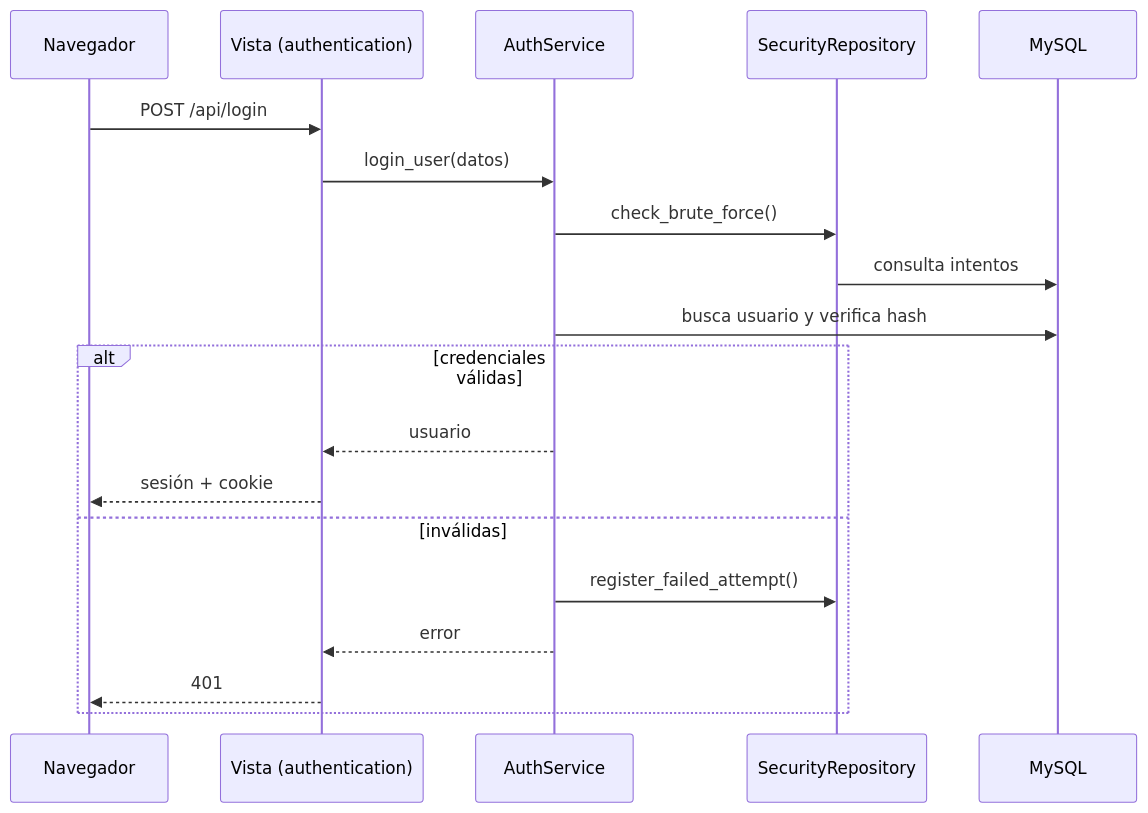
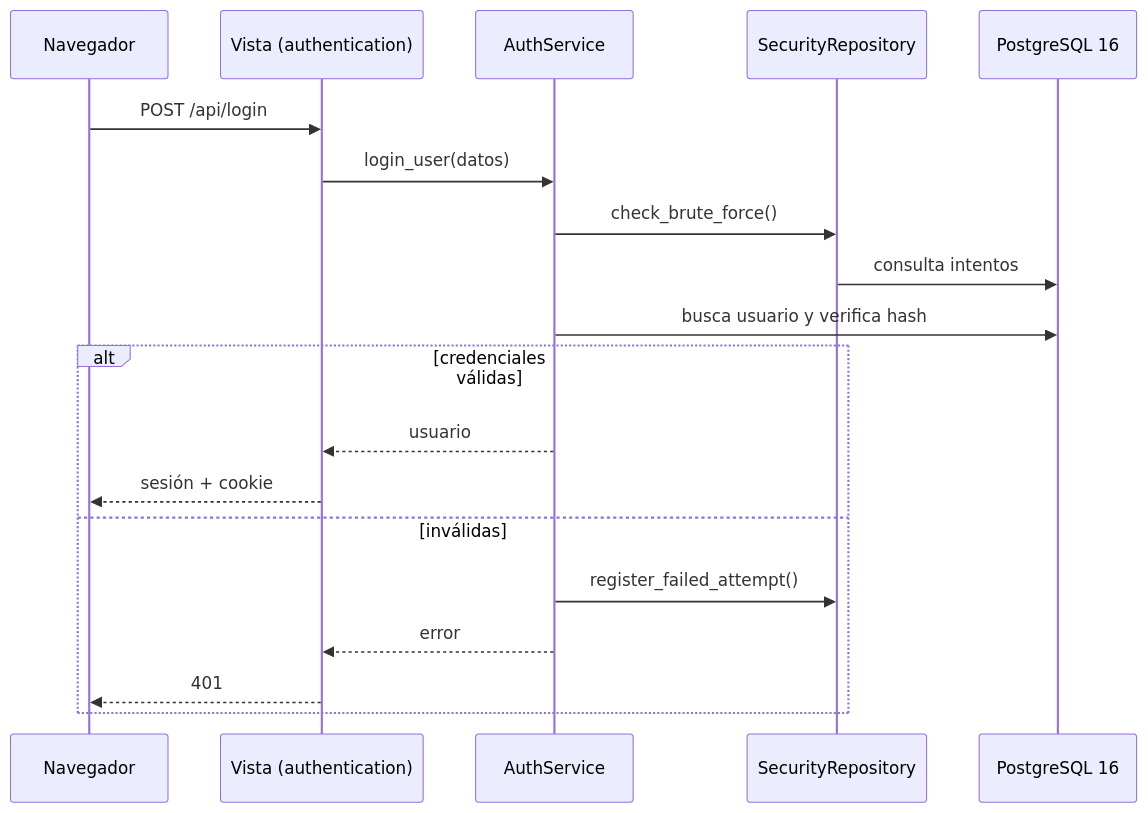
The second of 5 diagrams in docs/architecture.md (ArleyRojo/PsyAI-Connect), drawn with Mermaid before and after one commit. The commit also changed other lines of this file and 3 other files, not shown here.

Commit message:
docs: actualizar a PostgreSQL 16 en README, despliegue, arquitectura y testing (Fase 6)

````diff
--- a/docs/architecture.md
+++ b/docs/architecture.md
@@ -99,21 +99,21 @@
 ```mermaid
 sequenceDiagram
     participant N as Navegador
     participant V as Vista (authentication)
     participant S as AuthService
     participant R as SecurityRepository
-    participant DB as MySQL
+    participant DB as PostgreSQL 16
     N->>V: POST /api/login
     V->>S: login_user(datos)
     S->>R: check_brute_force()
     R->>DB: consulta intentos
     S->>DB: busca usuario y verifica hash
     alt credenciales válidas
         S-->>V: usuario
         V-->>N: sesión + cookie
     else inválidas
         S->>R: register_failed_attempt()
         S-->>V: error
         V-->>N: 401
     end
 ```
````
